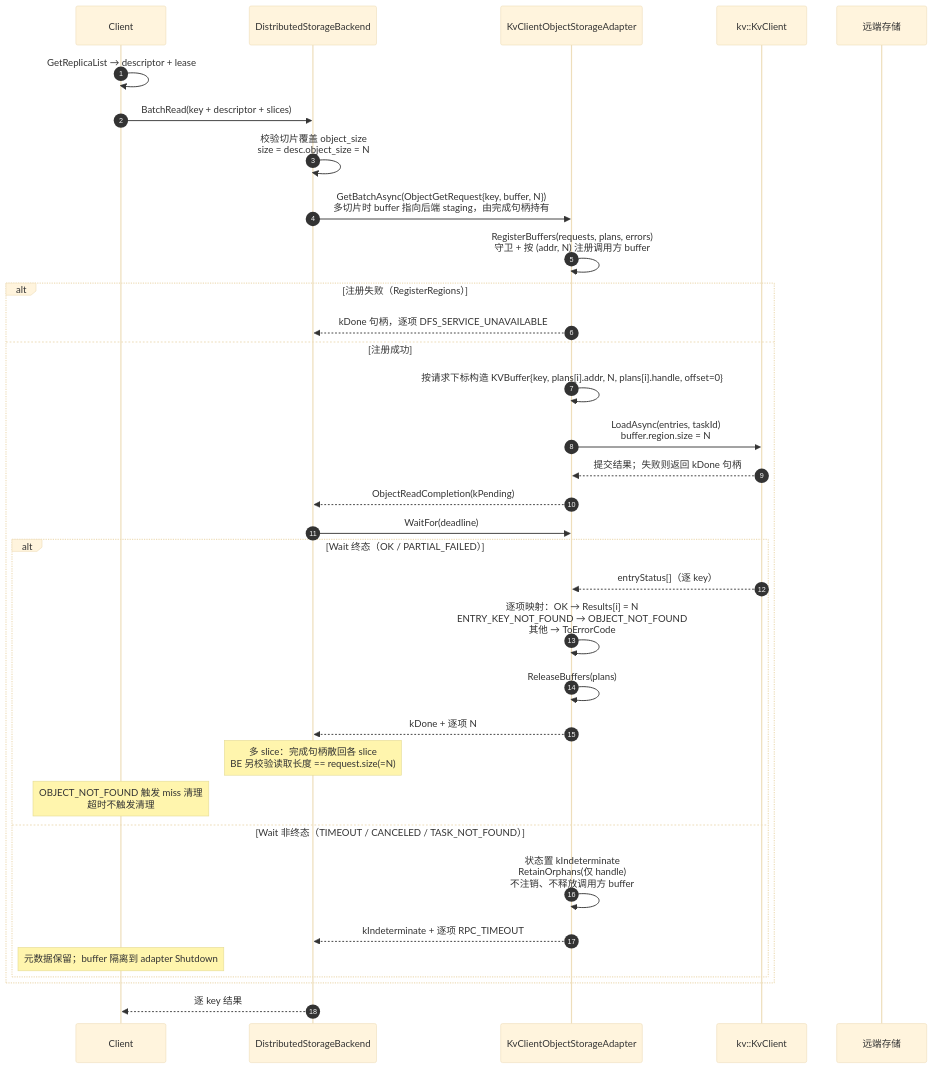
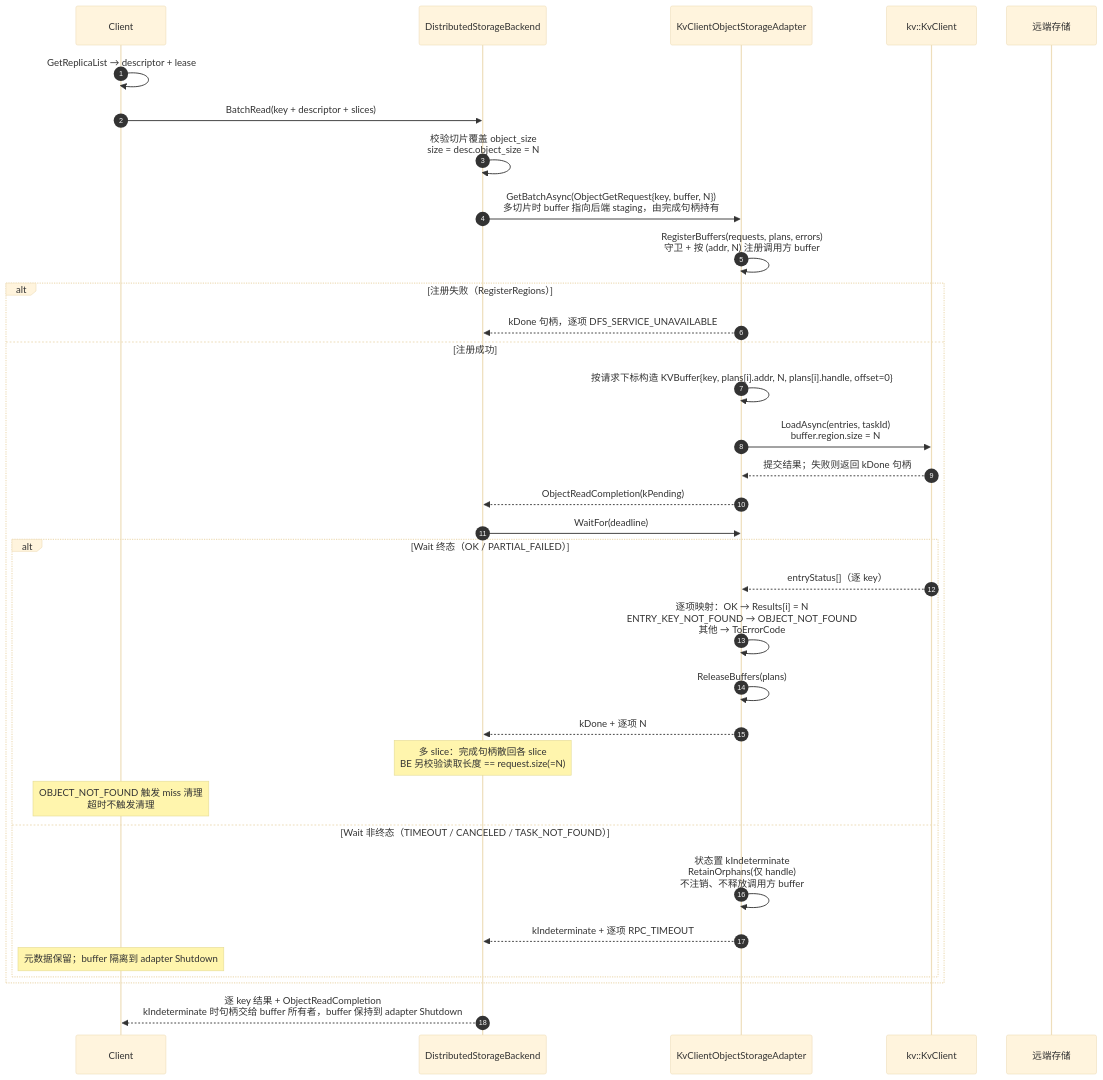
Before and after one commit to zwj20000328-dotcom/Mooncake-documents: the tenth of 13 diagrams in Mooncake + KVClient L3 接入（Kvcs）- v3.md, drawn with Mermaid (base theme). The commit also changed other lines of this file, not shown here.

````diff
--- a/Mooncake + KVClient L3 接入（Kvcs）- v3.md
+++ b/Mooncake + KVClient L3 接入（Kvcs）- v3.md
@@ -644,37 +644,37 @@
 ```mermaid
 sequenceDiagram
     autonumber
     participant C as Client
     participant BE as DistributedStorageBackend
     participant AD as KvClientObjectStorageAdapter
     participant SDK as kv::KvClient
     participant S as 远端存储
 
     C->>C: GetReplicaList → descriptor + lease
     C->>BE: BatchRead(key + descriptor + slices)
     BE->>BE: 校验切片覆盖 object_size<br/>size = desc.object_size = N
     BE->>AD: GetBatchAsync(ObjectGetRequest{key, buffer, N})<br/>多切片时 buffer 指向后端 staging，由完成句柄持有
     AD->>AD: RegisterBuffers(requests, plans, errors)<br/>守卫 + 按 (addr, N) 注册调用方 buffer
     alt 注册失败（RegisterRegions）
         AD-->>BE: kDone 句柄，逐项 DFS_SERVICE_UNAVAILABLE
     else 注册成功
         AD->>AD: 按请求下标构造 KVBuffer{key, plans[i].addr, N, plans[i].handle, offset=0}
         AD->>SDK: LoadAsync(entries, taskId)<br/>buffer.region.size = N
         SDK-->>AD: 提交结果；失败则返回 kDone 句柄
         AD-->>BE: ObjectReadCompletion(kPending)
         BE->>AD: WaitFor(deadline)
         alt Wait 终态（OK / PARTIAL_FAILED）
             SDK-->>AD: entryStatus[]（逐 key）
             AD->>AD: 逐项映射：OK → Results[i] = N<br/>ENTRY_KEY_NOT_FOUND → OBJECT_NOT_FOUND<br/>其他 → ToErrorCode
             AD->>AD: ReleaseBuffers(plans)
             AD-->>BE: kDone + 逐项 N
             Note over BE: 多 slice：完成句柄散回各 slice<br/>BE 另校验读取长度 == request.size(=N)
             Note over C: OBJECT_NOT_FOUND 触发 miss 清理<br/>超时不触发清理
         else Wait 非终态（TIMEOUT / CANCELED / TASK_NOT_FOUND）
             AD->>AD: 状态置 kIndeterminate<br/>RetainOrphans(仅 handle)<br/>不注销、不释放调用方 buffer
             AD-->>BE: kIndeterminate + 逐项 RPC_TIMEOUT
             Note over C: 元数据保留；buffer 隔离到 adapter Shutdown
         end
     end
-    BE-->>C: 逐 key 结果
+    BE-->>C: 逐 key 结果 + ObjectReadCompletion<br/>kIndeterminate 时句柄交给 buffer 所有者，buffer 保持到 adapter Shutdown
 ```
````
